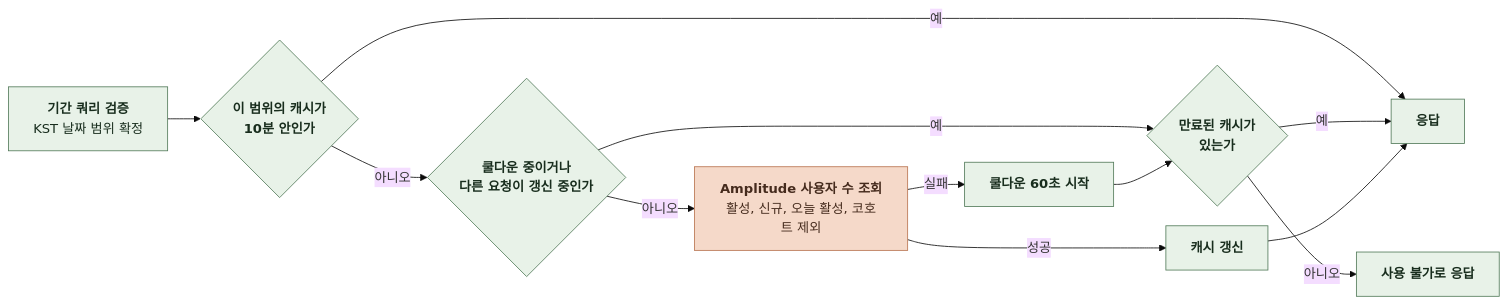
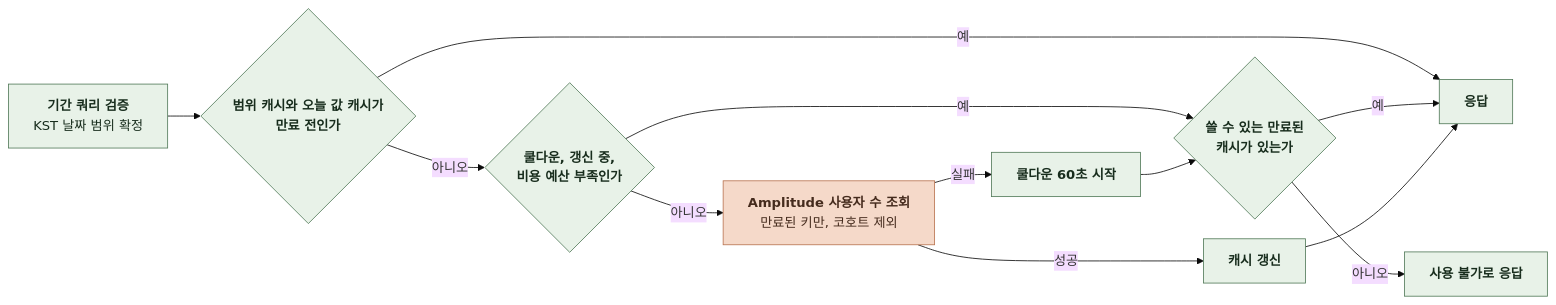
Diagram 13 of 15 in docs/domain/ADMIN/BACKEND/4-1-PIPELINES.md (KIM-N-KANG/knk-harness), drawn with Mermaid (base theme) before and after one commit. The commit also changed other lines of this file and 11 other files, not shown here.

````diff
--- a/docs/domain/ADMIN/BACKEND/4-1-PIPELINES.md
+++ b/docs/domain/ADMIN/BACKEND/4-1-PIPELINES.md
@@ -375,24 +375,24 @@
 ```mermaid
 %%{init: {"flowchart": {"curve": "basis", "nodeSpacing": 24, "rankSpacing": 40}}}%%
 flowchart LR
     A["`**기간 쿼리 검증**
-KST 날짜 범위 확정`"] --> B{"`**이 범위의 캐시가
-10분 안인가**`"}
+KST 날짜 범위 확정`"] --> B{"`**범위 캐시와 오늘 값 캐시가
+만료 전인가**`"}
     B -->|예| E["`**응답**`"]
-    B -->|아니오| F{"`**쿨다운 중이거나
-다른 요청이 갱신 중인가**`"}
-    F -->|예| G{"`**만료된 캐시가
-있는가**`"}
+    B -->|아니오| F{"`**쿨다운, 갱신 중,
+비용 예산 부족인가**`"}
+    F -->|예| G{"`**쓸 수 있는 만료된
+캐시가 있는가**`"}
     G -->|예| E
     G -->|아니오| X["`**사용 불가로 응답**`"]
     F -->|아니오| C["`**Amplitude 사용자 수 조회**
-활성, 신규, 오늘 활성, 코호트 제외`"]
+만료된 키만, 코호트 제외`"]
     C -->|성공| D["`**캐시 갱신**`"]
     D --> E
     C -->|실패| H["`**쿨다운 60초 시작**`"]
     H --> G
     classDef comp fill:#E8F2E8,stroke:#527A59,color:#182D1D
     classDef task fill:#F5D9C9,stroke:#B97450,color:#452B1D
     class A,B,D,E,F,G,H,X comp
     class C task
 ```
````
